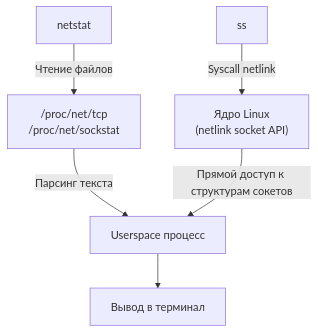
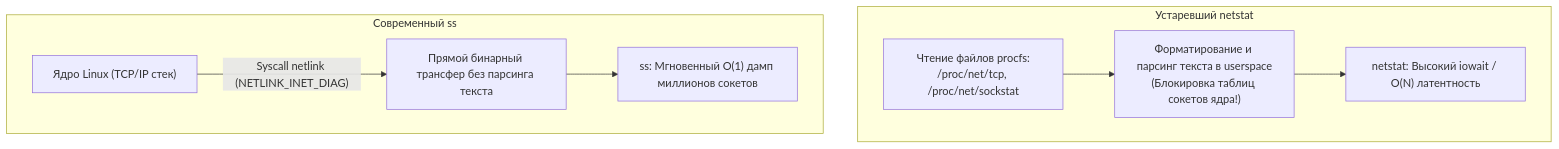
The second of 3 diagrams in sources/3. Компьютерные сети и сетевой стек/34. Наблюдаемость сети. tcpdump, Wireshark, netstat, ss.md (UnrealTemplier/go-textbook), drawn with Mermaid before and after one commit. The commit also changed other lines of this file, not shown here.

Commit message:
feat(module-03): editorial rewrite of Lecture 34 (Network Observability, tcpdump, Wireshark, netstat, ss) in Kernighan style

````diff
--- a/sources/3. Компьютерные сети и сетевой стек/34. Наблюдаемость сети. tcpdump, Wireshark, netstat, ss.md
+++ b/sources/3. Компьютерные сети и сетевой стек/34. Наблюдаемость сети. tcpdump, Wireshark, netstat, ss.md
@@ -58,8 +68,14 @@
 ```mermaid
 flowchart TD
-    A["netstat"] -->|"Чтение файлов"| B["/proc/net/tcp<br>/proc/net/sockstat"]
-    B -->|"Парсинг текста"| C["Userspace процесс"]
-    D["ss"] -->|"Syscall netlink"| E["Ядро Linux<br>(netlink socket API)"]
-    E -->|"Прямой доступ к структурам сокетов"| C
-    C --> F["Вывод в терминал"]
+    subgraph NetstatPath ["Устаревший netstat"]
+        NProc["Чтение файлов procfs:<br/>/proc/net/tcp, /proc/net/sockstat"]
+        NProc --> NParse["Форматирование и парсинг текста в userspace<br/>(Блокировка таблиц сокетов ядра!)"]
+        NParse --> NOut["netstat: Высокий iowait / O(N) латентность"]
+    end
+
+    subgraph SSPath ["Современный ss"]
+        SKernel["Ядро Linux (TCP/IP стек)"]
+        SKernel -->|"Syscall netlink (NETLINK_INET_DIAG)"| NL["Прямой бинарный трансфер без парсинга текста"]
+        NL --> SOut["ss: Мгновенный O(1) дамп миллионов сокетов"]
+    end
 ```
````
